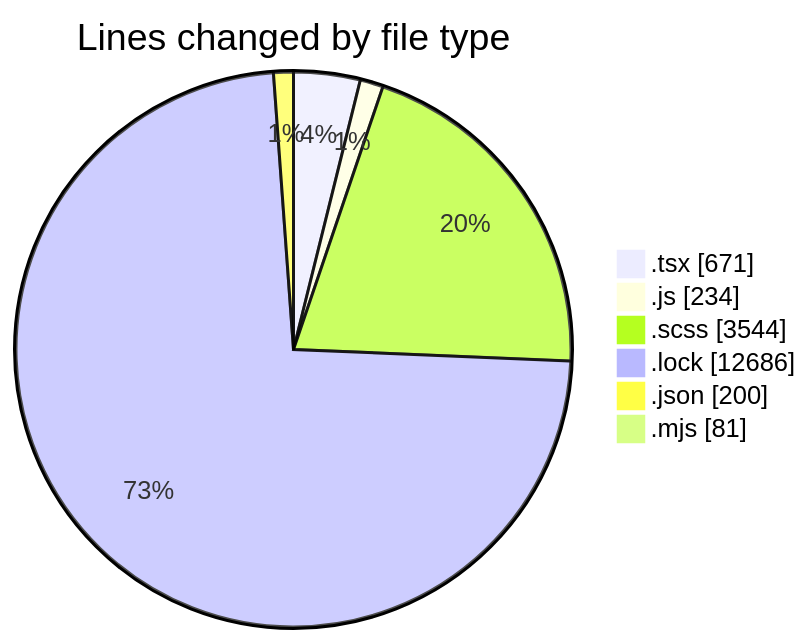
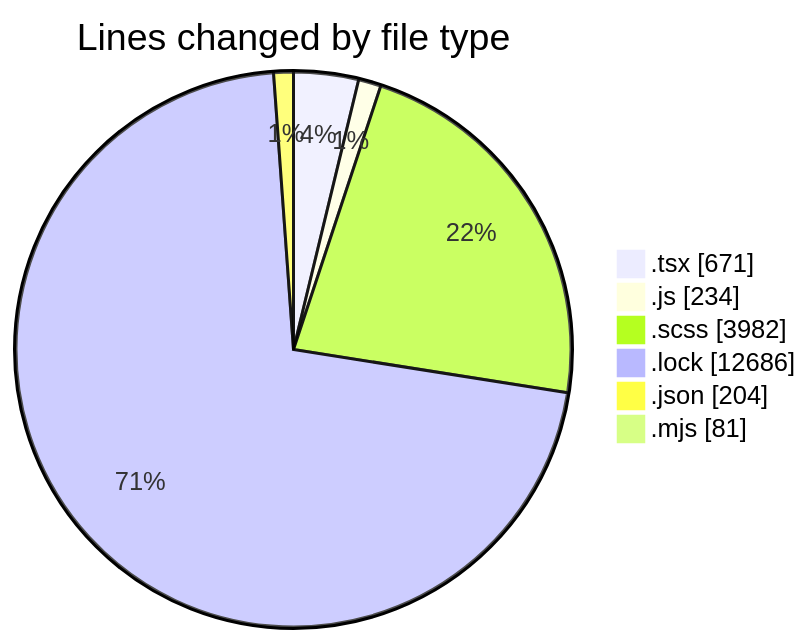
One commit to momahboobian/code-tracking changed the first of 2 diagrams in 2026-01-22/cda-web-components/README.md. Above: the diagram before and after it, drawn with Mermaid. The commit also changed other lines of this file and 1 other file, not shown here.

````diff
--- a/2026-01-22/cda-web-components/README.md
+++ b/2026-01-22/cda-web-components/README.md
@@ -57,10 +58,10 @@
 ```mermaid
 pie showData
 title Lines changed by file type
 ".tsx" : 671
 ".js" : 234
-".scss" : 3544
+".scss" : 3982
 ".lock" : 12686
-".json" : 200
+".json" : 204
 ".mjs" : 81
 ```
````
